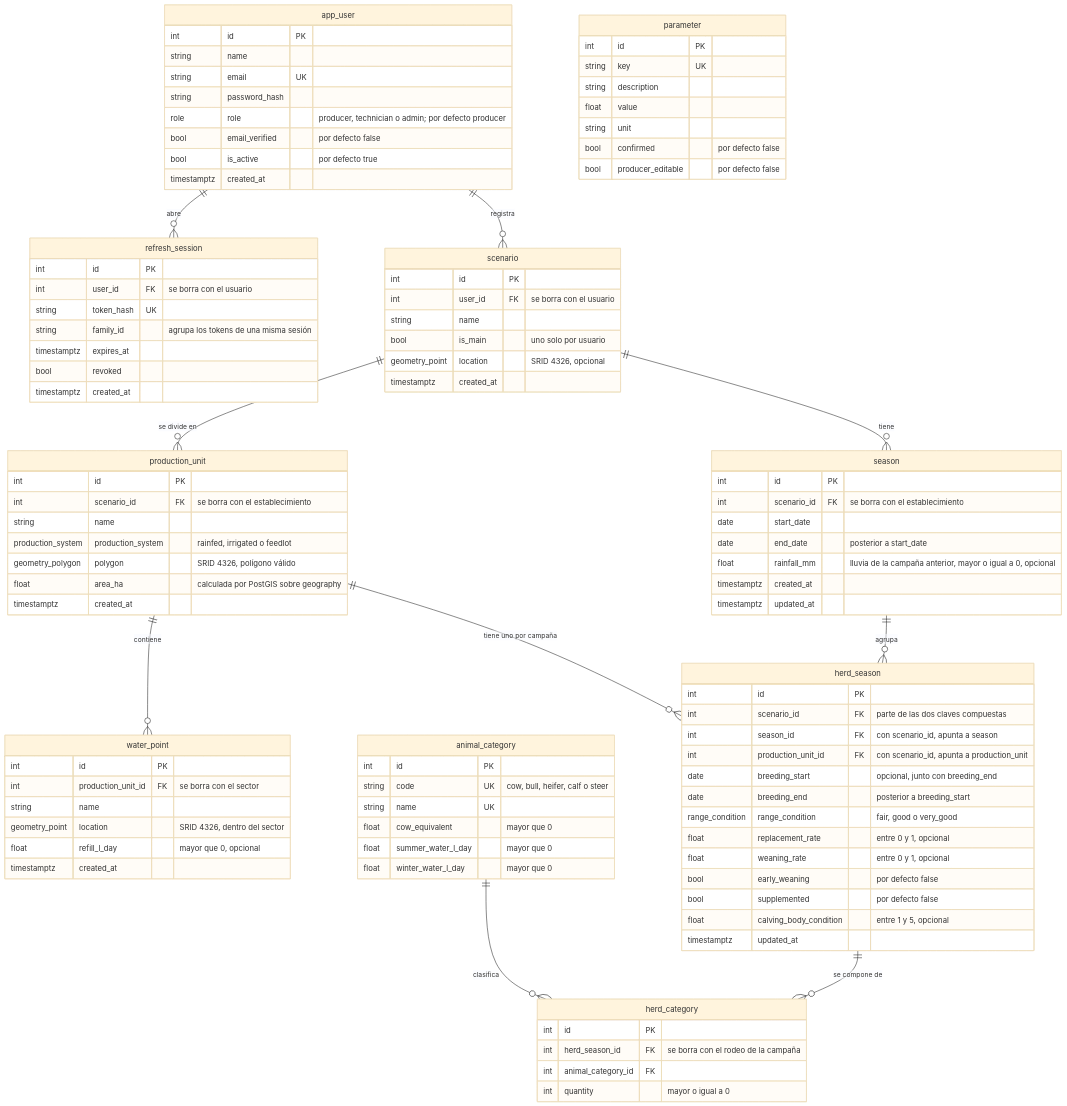
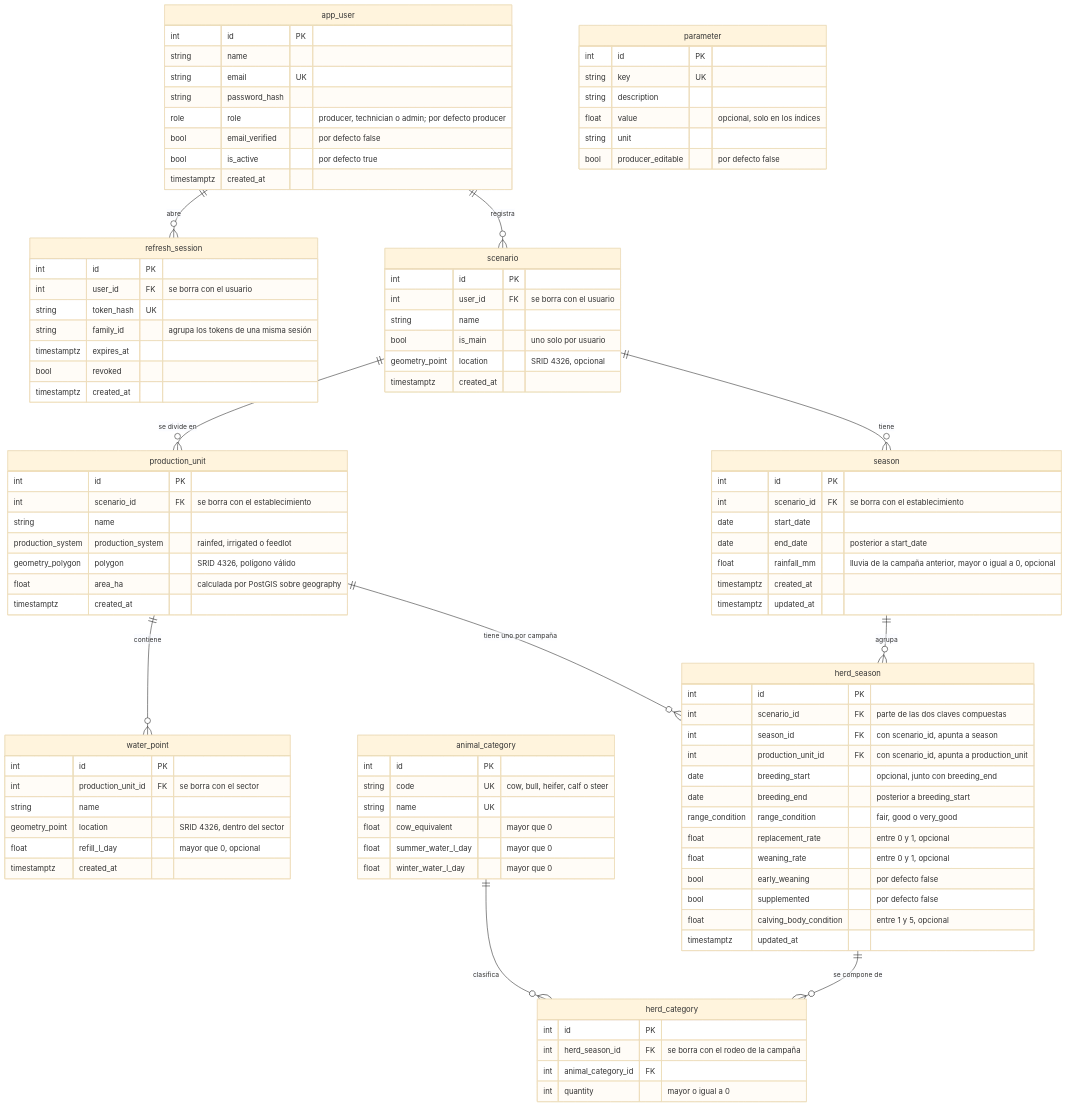
Before and after one commit to calculadora-ganadera-mza/calculadora-ganadera: the diagram in docs/diagrama-base-de-datos.md, drawn with Mermaid (base theme). The commit also changed 2 other files, not shown here.

Commit message:
docs: guardar los índices como parámetros sin valor

````diff
--- a/docs/diagrama-base-de-datos.md
+++ b/docs/diagrama-base-de-datos.md
@@ -109,9 +109,8 @@
         int id PK
         string key UK
         string description
-        float value
+        float value "opcional, solo en los índices"
         string unit
-        bool confirmed "por defecto false"
         bool producer_editable "por defecto false"
     }
 ```
````
